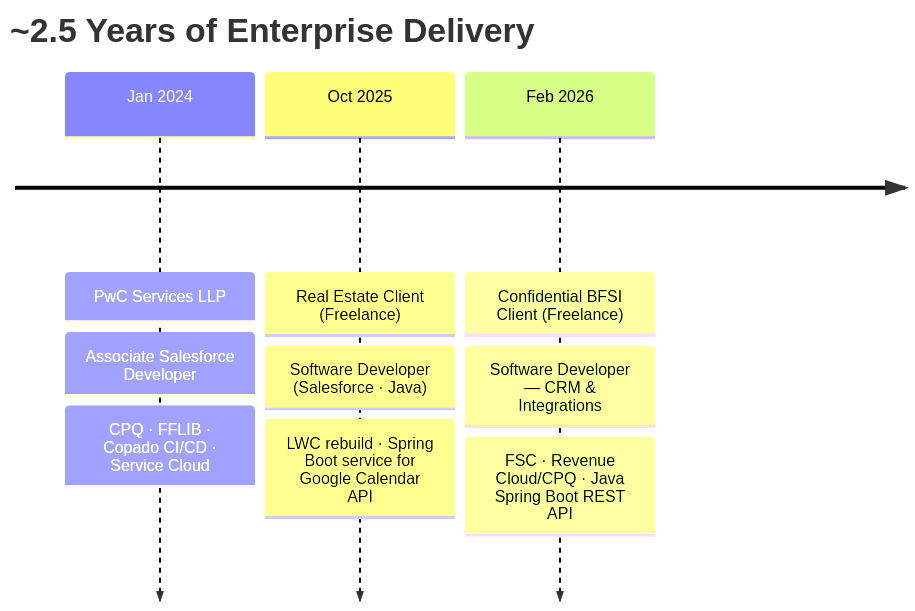
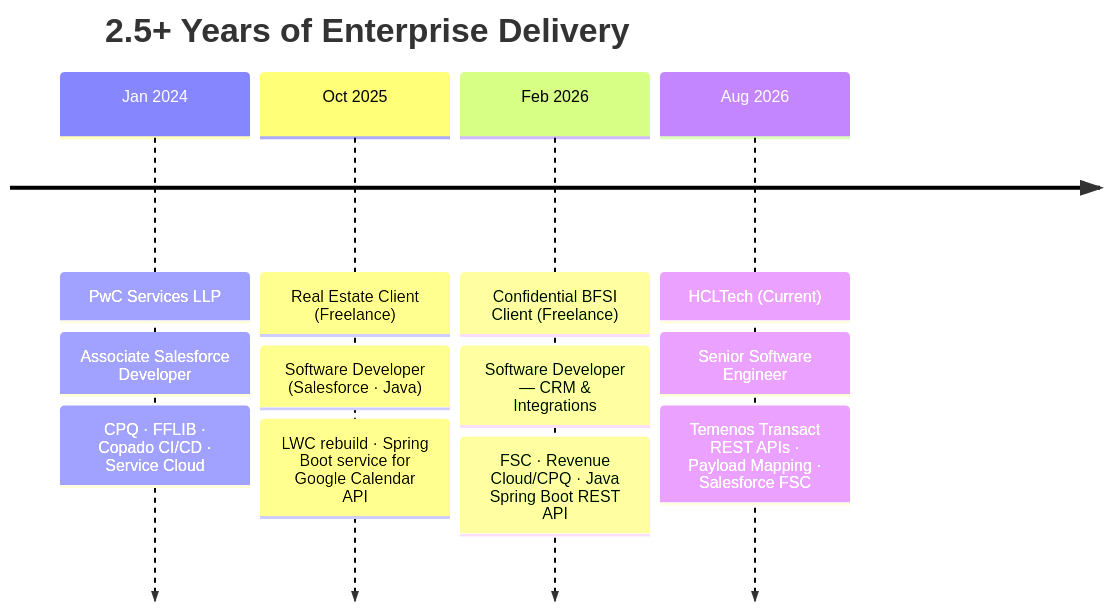
One commit to aditya17-09/aditya17-09 changed the first of 2 diagrams in README.md. Above: the diagram before and after it, drawn with Mermaid. The commit also changed other lines of this file, not shown here.

````diff
--- a/README.md
+++ b/README.md
@@ -86,13 +100,16 @@
 ```mermaid
 timeline
-    title ~2.5 Years of Enterprise Delivery
+    title 2.5+ Years of Enterprise Delivery
     Jan 2024 : PwC Services LLP
              : Associate Salesforce Developer
              : CPQ · FFLIB · Copado CI/CD · Service Cloud
     Oct 2025 : Real Estate Client (Freelance)
              : Software Developer (Salesforce · Java)
              : LWC rebuild · Spring Boot service for Google Calendar API
     Feb 2026 : Confidential BFSI Client (Freelance)
              : Software Developer — CRM & Integrations
              : FSC · Revenue Cloud/CPQ · Java Spring Boot REST API
+    Aug 2026 : HCLTech (Current)
+             : Senior Software Engineer
+             : Temenos Transact REST APIs · Payload Mapping · Salesforce FSC
 ```
````
